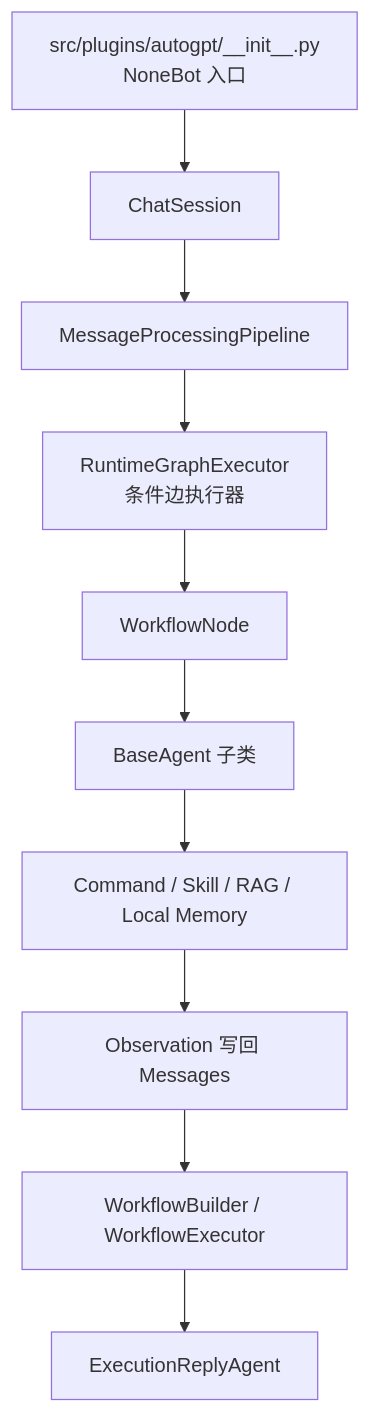
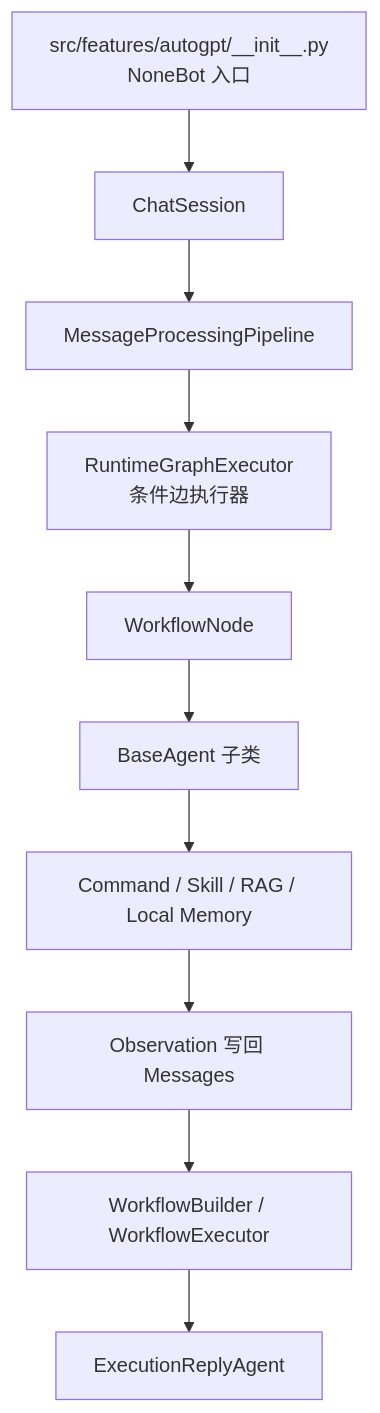
One commit to ClassRobot/ClassRobot changed the second of 2 diagrams in core/agent/runtime/README.md. Above: the diagram before and after it, drawn with Mermaid. The commit also changed other lines of this file and 319 other files, not shown here.

````diff
--- a/core/agent/runtime/README.md
+++ b/core/agent/runtime/README.md
@@ -49,12 +49,12 @@
 ```mermaid
 flowchart TD
-    A["src/plugins/autogpt/__init__.py<br/>NoneBot 入口"] --> B["ChatSession"]
+    A["src/features/autogpt/__init__.py<br/>NoneBot 入口"] --> B["ChatSession"]
     B --> C["MessageProcessingPipeline"]
     C --> X["RuntimeGraphExecutor<br/>条件边执行器"]
     X --> D["WorkflowNode"]
     D --> E["BaseAgent 子类"]
     E --> F["Command / Skill / RAG / Local Memory"]
     F --> G["Observation 写回 Messages"]
     G --> H["WorkflowBuilder / WorkflowExecutor"]
     H --> I["ExecutionReplyAgent"]
 ```
````
